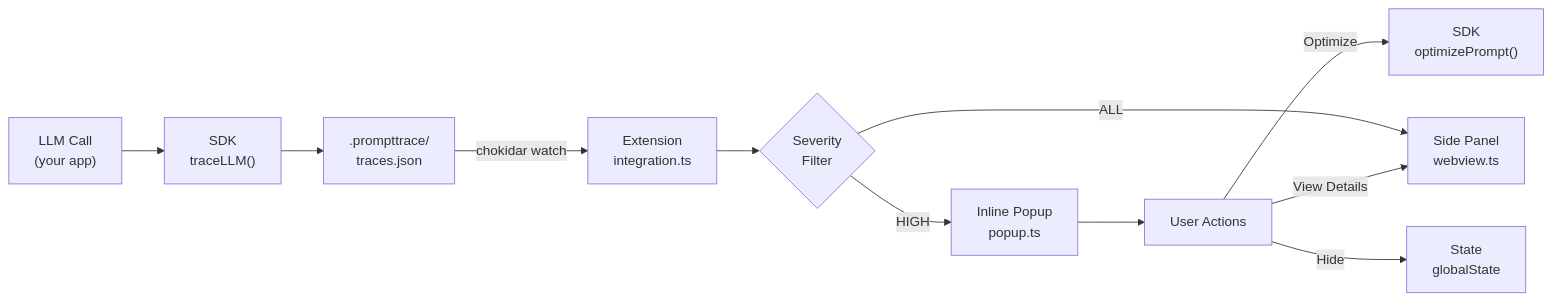
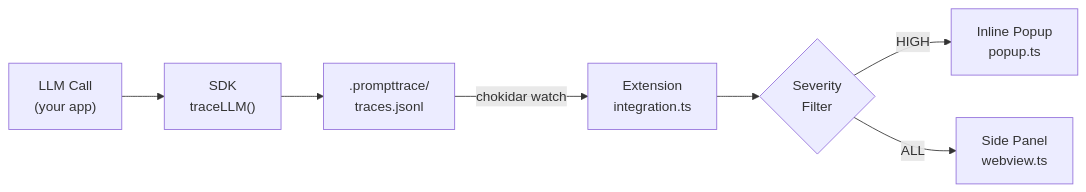
Before and after one commit to amEya911/prompttrace: the first of 3 diagrams in apps/extension/README.md, drawn with Mermaid. The commit also changed other lines of this file and 7 other files, not shown here.

````diff
--- a/apps/extension/README.md
+++ b/apps/extension/README.md
@@ -26,13 +30,9 @@
 ```mermaid
 flowchart LR
     A["LLM Call<br/>(your app)"] --> B["SDK<br/>traceLLM()"]
-    B --> C[".prompttrace/<br/>traces.json"]
+    B --> C[".prompttrace/<br/>traces.jsonl"]
     C -->|chokidar watch| D["Extension<br/>integration.ts"]
     D --> E{"Severity<br/>Filter"}
     E -->|HIGH| F["Inline Popup<br/>popup.ts"]
     E -->|ALL| G["Side Panel<br/>webview.ts"]
-    F --> H["User Actions"]
-    H -->|Optimize| I["SDK<br/>optimizePrompt()"]
-    H -->|View Details| G
-    H -->|Hide| J["State<br/>globalState"]
 ```
````
